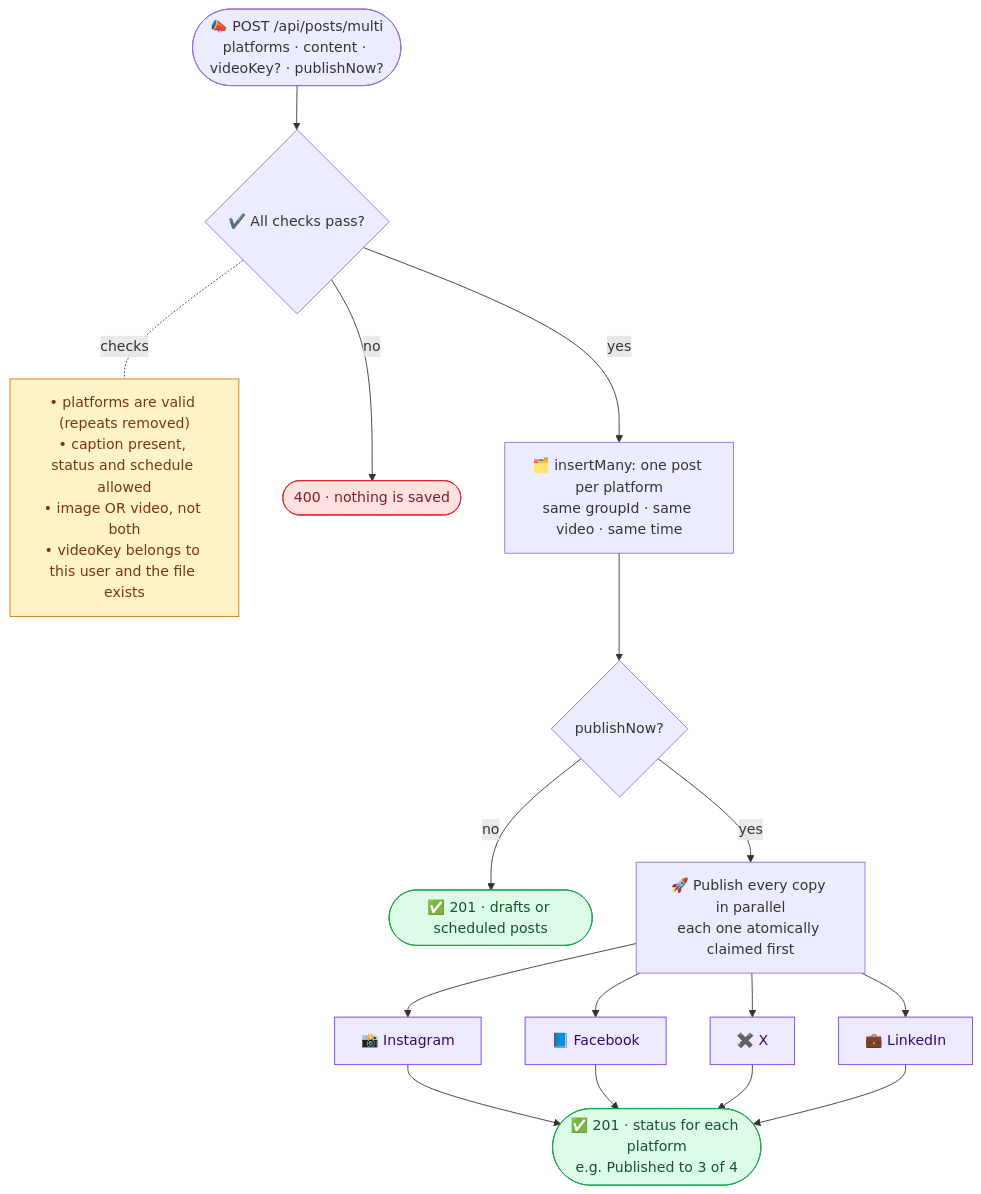
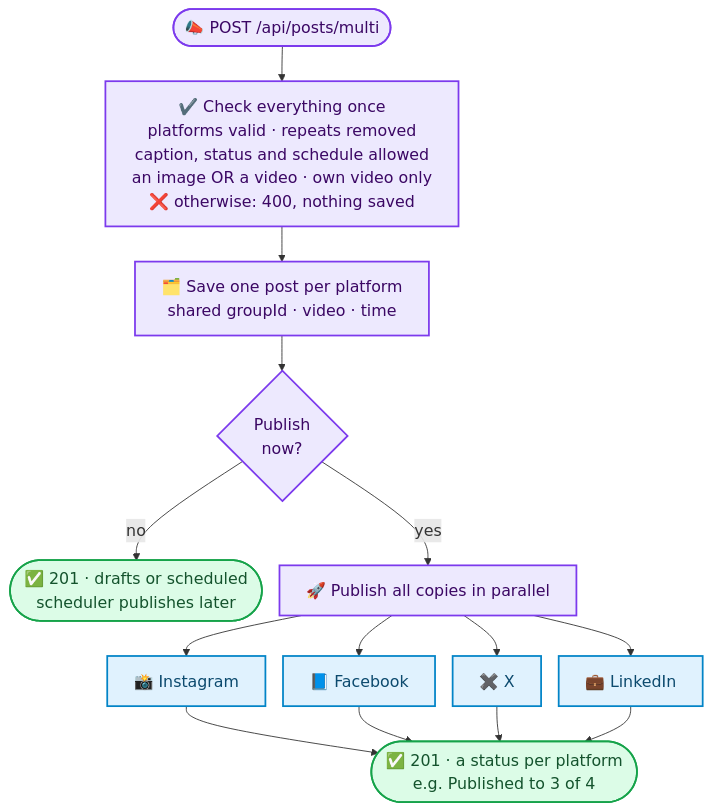
Before and after one commit to anurag-joshi-1403/Social_Sync_Webapp: the seventh of 12 diagrams in README.md, drawn with Mermaid. The commit also changed other lines of this file, not shown here.

Commit message:
docs: update README to enhance architecture and system overview sections

````diff
--- a/README.md
+++ b/README.md
@@ -295,21 +342,18 @@
 ```mermaid
+%%{init: {"themeVariables": {"fontSize": "18px"}, "flowchart": {"wrappingWidth": 360, "nodeSpacing": 20, "rankSpacing": 40}}}%%
 flowchart TD
-    A(["📣 POST /api/posts/multi<br/>platforms · content · videoKey? · publishNow?"]) --> B{"✔️ All checks pass?"}
-    B -. "checks" .- CK["• platforms are valid (repeats removed)<br/>• caption present, status and schedule allowed<br/>• image OR video, not both<br/>• videoKey belongs to this user and the file exists"]
-    B -- "no" --> X1(["400 · nothing is saved"])
-    B -- "yes" --> I["🗂️ insertMany: one post per platform<br/>same groupId · same video · same time"]
-    I --> N{"publishNow?"}
-    N -- "no" --> R1(["✅ 201 · drafts or scheduled posts"])
-    N -- "yes" --> P["🚀 Publish every copy in parallel<br/>each one atomically claimed first"]
+    A(["📣 POST /api/posts/multi"]) --> CK["✔️ Check everything once<br/>platforms valid · repeats removed<br/>caption, status and schedule allowed<br/>an image OR a video · own video only<br/>❌ otherwise: 400, nothing saved"]
+    CK --> I["🗂️ Save one post per platform<br/>shared groupId · video · time"]
+    I --> N{"Publish<br/>now?"}
+    N -- "no" --> R1(["✅ 201 · drafts or scheduled<br/>scheduler publishes later"])
+    N -- "yes" --> P["🚀 Publish all copies in parallel"]
     P --> IG["📸 Instagram"] & FBK["📘 Facebook"] & XT["✖️ X"] & LI["💼 LinkedIn"]
-    IG & FBK & XT & LI --> R2(["✅ 201 · status for each platform<br/>e.g. Published to 3 of 4"])
+    IG & FBK & XT & LI --> R2(["✅ 201 · a status per platform<br/>e.g. Published to 3 of 4"])
 
-    classDef ok fill:#DCFCE7,stroke:#16A34A,color:#14532D
-    classDef bad fill:#FEE2E2,stroke:#DC2626,color:#7F1D1D
-    classDef plat fill:#EDE9FE,stroke:#7C3AED,color:#3B0764
-    classDef note fill:#FEF3C7,stroke:#D97706,color:#78350F
+    classDef step fill:#EDE9FE,stroke:#7C3AED,stroke-width:2px,color:#3B0764
+    classDef ok fill:#DCFCE7,stroke:#16A34A,stroke-width:2px,color:#14532D
+    classDef plat fill:#E0F2FE,stroke:#0284C7,stroke-width:2px,color:#0C4A6E
+    class A,CK,I,N,P step
     class R1,R2 ok
-    class X1 bad
     class IG,FBK,XT,LI plat
-    class CK note
 ```
````
